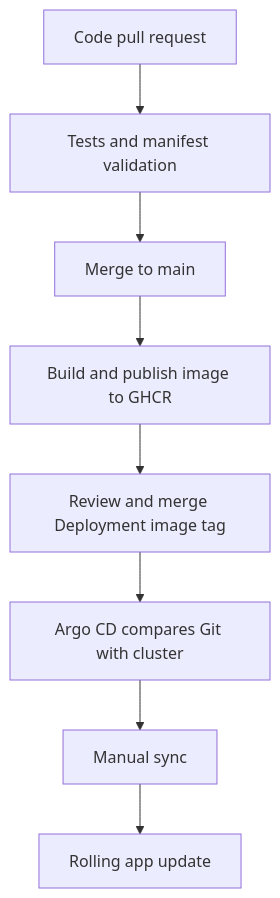
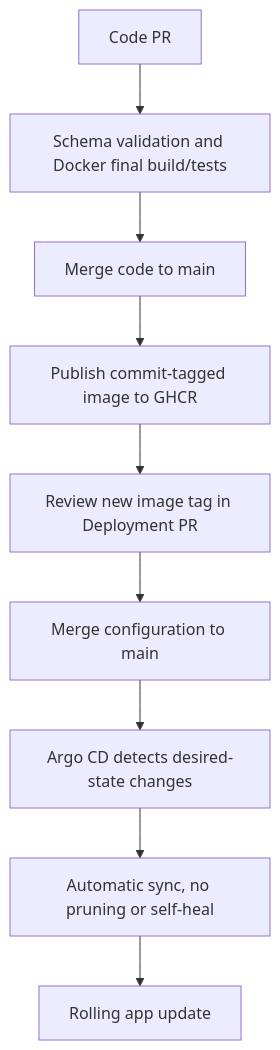
One commit to PabasaraMeegahakumbura/todo-app--leraning changed the third of 3 diagrams in docs/architecture.md. Above: the diagram before and after it, drawn with Mermaid. The commit also changed other lines of this file and 7 other files, not shown here.

Commit message:
Document Clear Day architecture lessons and recovery

````diff
--- a/docs/architecture.md
+++ b/docs/architecture.md
@@ -72,10 +174,11 @@
 ```mermaid
 flowchart TD
-    Code[Code pull request] --> CI[Tests and manifest validation]
-    CI --> Merge[Merge to main]
-    Merge --> Image[Build and publish image to GHCR]
-    Image --> Tag[Review and merge Deployment image tag]
-    Tag --> Argo[Argo CD compares Git with cluster]
-    Argo --> Sync[Manual sync]
-    Sync --> Pods[Rolling app update]
+    PR[Code PR] --> CI[Schema validation and Docker final build/tests]
+    CI --> Merge[Merge code to main]
+    Merge --> Registry[Publish commit-tagged image to GHCR]
+    Registry --> TagPR[Review new image tag in Deployment PR]
+    TagPR --> Config[Merge configuration to main]
+    Config --> Argo[Argo CD detects desired-state changes]
+    Argo --> Sync[Automatic sync, no pruning or self-heal]
+    Sync --> Roll[Rolling app update]
 ```
````
